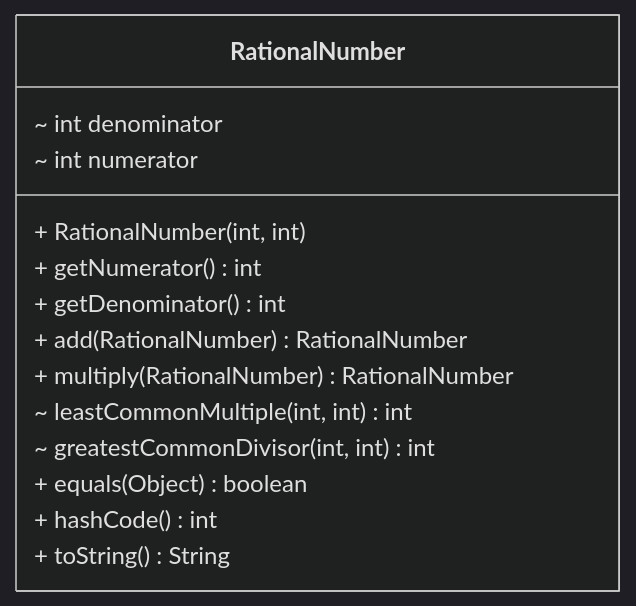
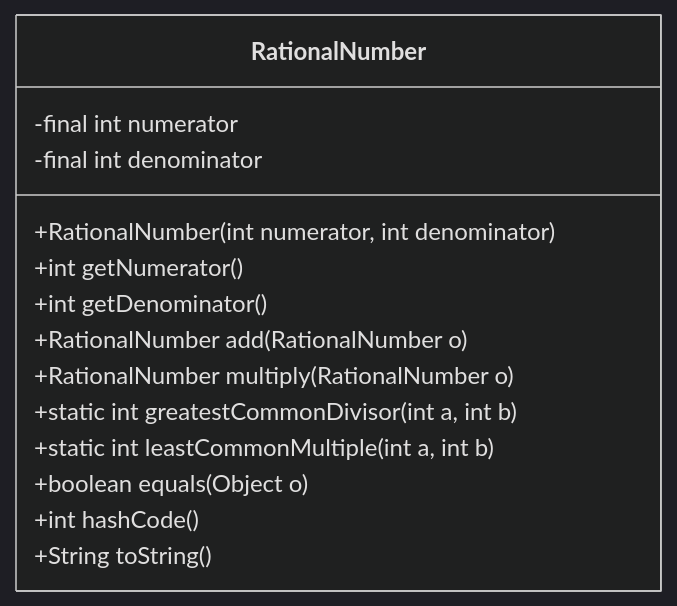
The second of 13 diagrams in exercices/src/main/java/oop/README.md (MarinCervinschi/ObjectOrientedProgramming), drawn with Mermaid (dark theme) before and after one commit. The commit also changed other lines of this file and 21 other files, not shown here.

````diff
--- a/exercices/src/main/java/oop/README.md
+++ b/exercices/src/main/java/oop/README.md
@@ -69,18 +67,17 @@
 ```mermaid
 classDiagram
-direction BT
-class RationalNumber {
-  ~ int denominator
-  ~ int numerator
-  + RationalNumber(int, int) 
-  + getNumerator() int
-  + getDenominator() int
-  + add(RationalNumber) RationalNumber
-  + multiply(RationalNumber) RationalNumber
-  ~ leastCommonMultiple(int, int) int
-  ~ greatestCommonDivisor(int, int) int
-  + equals(Object) boolean
-  + hashCode() int
-  + toString() String
-}
+    class RationalNumber {
+        -final int numerator
+        -final int denominator
+        +RationalNumber(int numerator, int denominator)
+        +int getNumerator()
+        +int getDenominator()
+        +RationalNumber add(RationalNumber o)
+        +RationalNumber multiply(RationalNumber o)
+        +static int greatestCommonDivisor(int a, int b)
+        +static int leastCommonMultiple(int a, int b)
+        +boolean equals(Object o)
+        +int hashCode()
+        +String toString()
+    }
 ```
````
